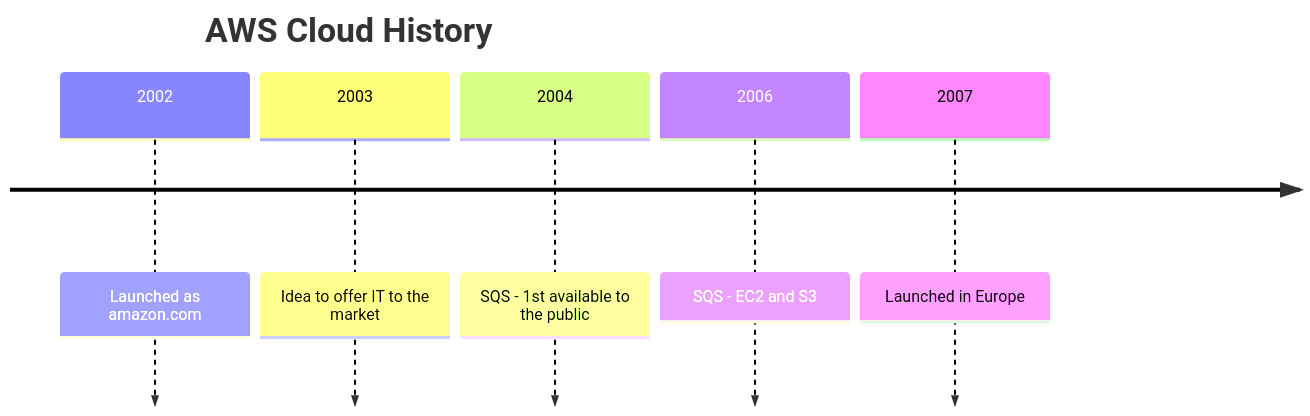
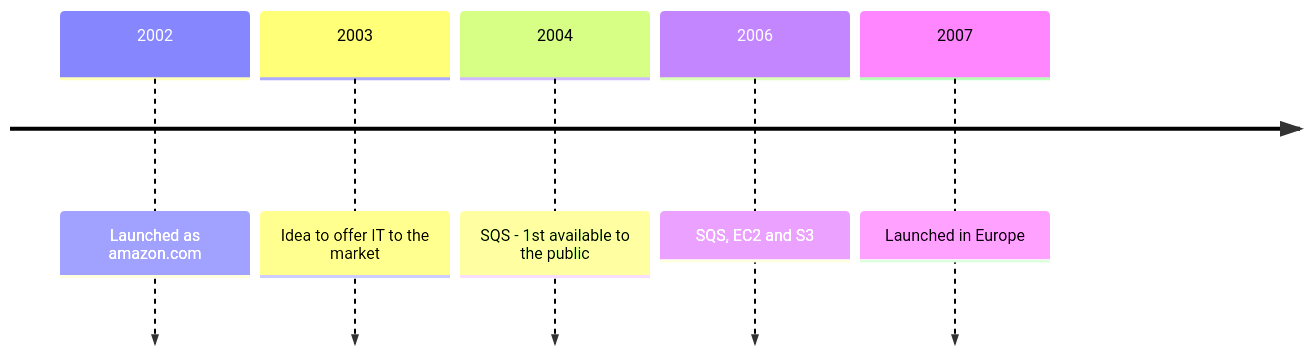
One commit to ocristian/aws-cert-notes changed the diagram in aws-cloud-practitioner/README.md. Above: the diagram before and after it, drawn with Mermaid. The commit also changed other lines of this file, not shown here.

Commit message:
AWS Cloud History

````diff
--- a/aws-cloud-practitioner/README.md
+++ b/aws-cloud-practitioner/README.md
@@ -145,9 +149,8 @@
 ```mermaid
 timeline
-title AWS Cloud History
 2002 : Launched as amazon.com
 2003 : Idea to offer IT to the market
 2004 : SQS - 1st available to the public
-2006 : SQS - EC2 and S3
+2006 : SQS, EC2 and S3
 2007 : Launched in Europe
 ```
````
